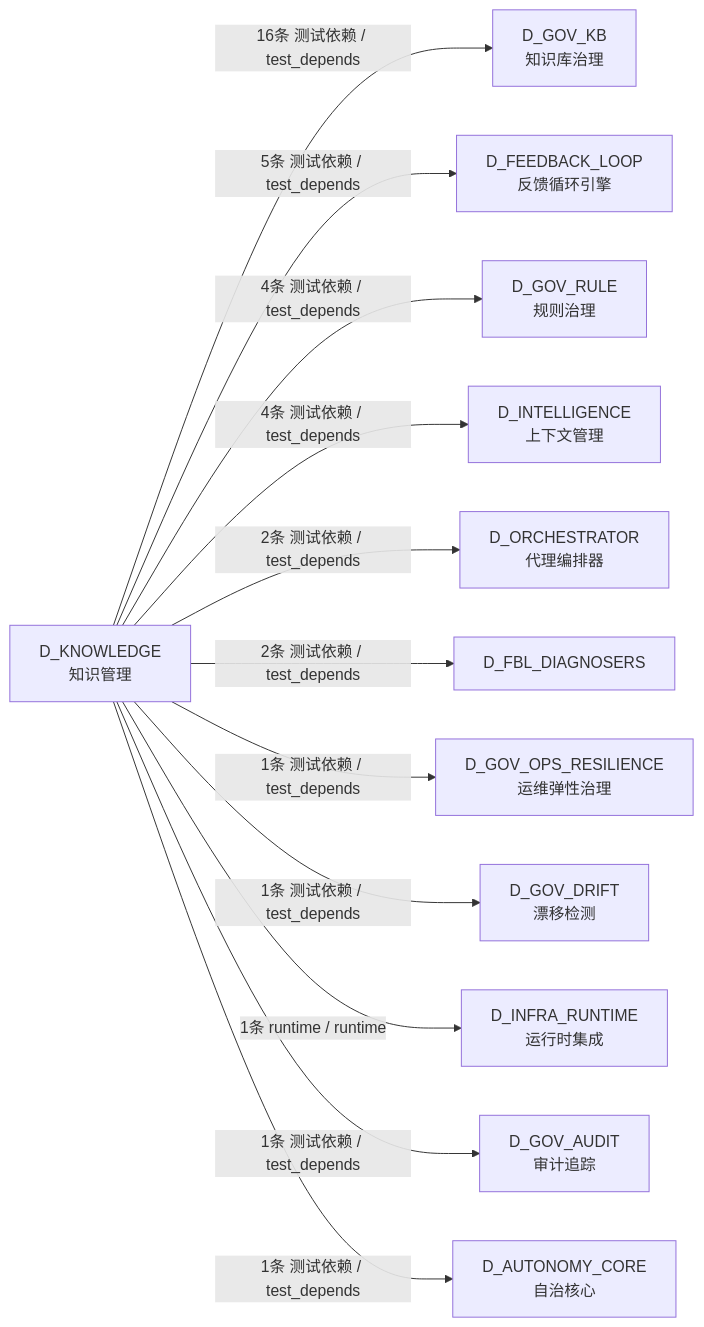
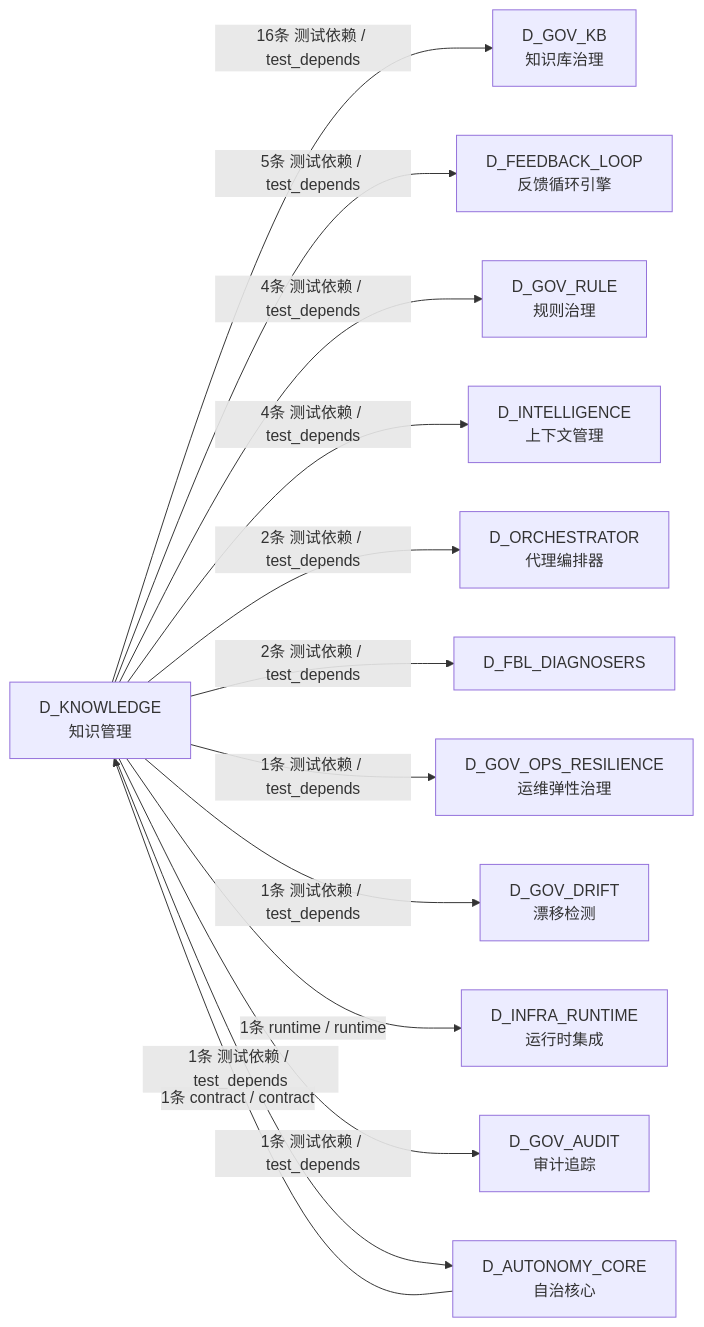
The fifth of 5 diagrams in docs/02_enterprise_architecture/02_domain_architecture_docs/48_d_knowledge.md (xuanFelixVan/ZephyrAlpha), drawn with Mermaid before and after one commit. The commit also changed other lines of this file and 127 other files, not shown here.

First line of the commit message:
chore(docs): S2-2 refresh architecture docs after depgraph rebuild

````diff
--- a/docs/02_enterprise_architecture/02_domain_architecture_docs/48_d_knowledge.md
+++ b/docs/02_enterprise_architecture/02_domain_architecture_docs/48_d_knowledge.md
@@ -358,26 +364,27 @@
 ```mermaid
 graph LR
     D_KNOWLEDGE["D_KNOWLEDGE<br/>知识管理"]
     D_GOV_KB["D_GOV_KB<br/>知识库治理"]
     D_FEEDBACK_LOOP["D_FEEDBACK_LOOP<br/>反馈循环引擎"]
     D_GOV_RULE["D_GOV_RULE<br/>规则治理"]
     D_INTELLIGENCE["D_INTELLIGENCE<br/>上下文管理"]
     D_ORCHESTRATOR["D_ORCHESTRATOR<br/>代理编排器"]
     D_FBL_DIAGNOSERS["D_FBL_DIAGNOSERS"]
     D_GOV_OPS_RESILIENCE["D_GOV_OPS_RESILIENCE<br/>运维弹性治理"]
     D_GOV_DRIFT["D_GOV_DRIFT<br/>漂移检测"]
     D_INFRA_RUNTIME["D_INFRA_RUNTIME<br/>运行时集成"]
     D_GOV_AUDIT["D_GOV_AUDIT<br/>审计追踪"]
     D_AUTONOMY_CORE["D_AUTONOMY_CORE<br/>自治核心"]
     D_KNOWLEDGE -->|16条 测试依赖 / test_depends| D_GOV_KB
     D_KNOWLEDGE -->|5条 测试依赖 / test_depends| D_FEEDBACK_LOOP
     D_KNOWLEDGE -->|4条 测试依赖 / test_depends| D_GOV_RULE
     D_KNOWLEDGE -->|4条 测试依赖 / test_depends| D_INTELLIGENCE
     D_KNOWLEDGE -->|2条 测试依赖 / test_depends| D_ORCHESTRATOR
     D_KNOWLEDGE -->|2条 测试依赖 / test_depends| D_FBL_DIAGNOSERS
     D_KNOWLEDGE -->|1条 测试依赖 / test_depends| D_GOV_OPS_RESILIENCE
     D_KNOWLEDGE -->|1条 测试依赖 / test_depends| D_GOV_DRIFT
     D_KNOWLEDGE -->|1条 runtime / runtime| D_INFRA_RUNTIME
     D_KNOWLEDGE -->|1条 测试依赖 / test_depends| D_GOV_AUDIT
     D_KNOWLEDGE -->|1条 测试依赖 / test_depends| D_AUTONOMY_CORE
+    D_AUTONOMY_CORE -->|1条 contract / contract| D_KNOWLEDGE
 ```
````
